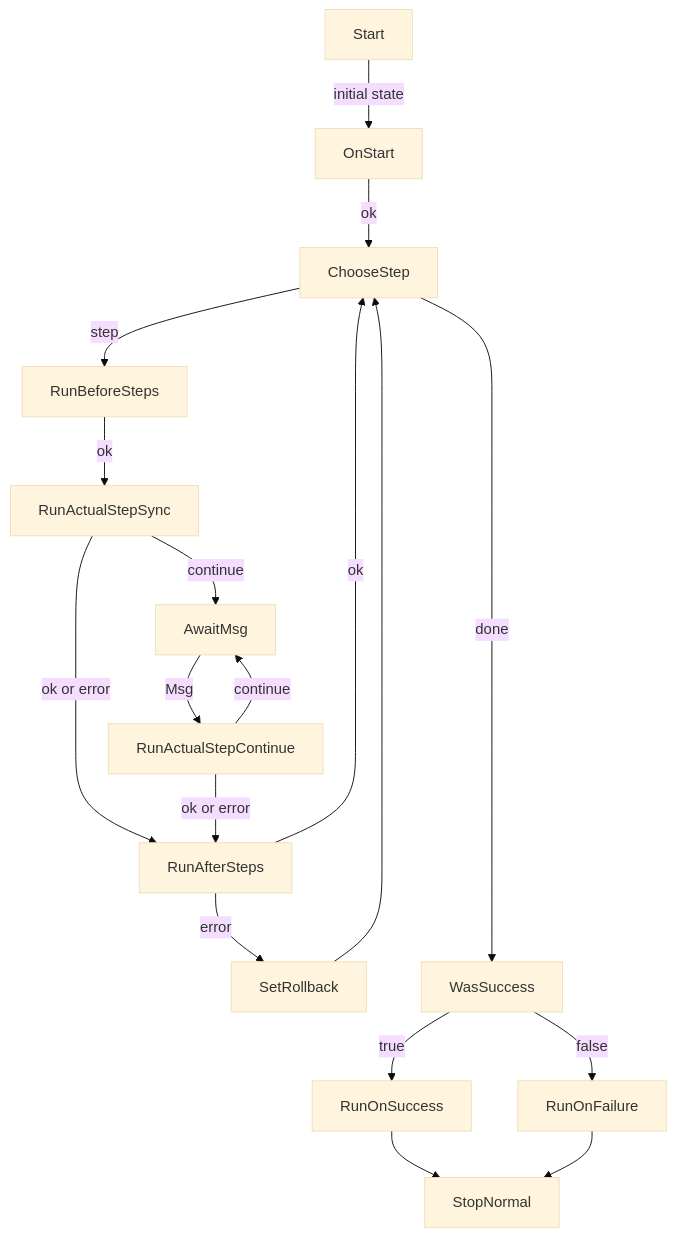
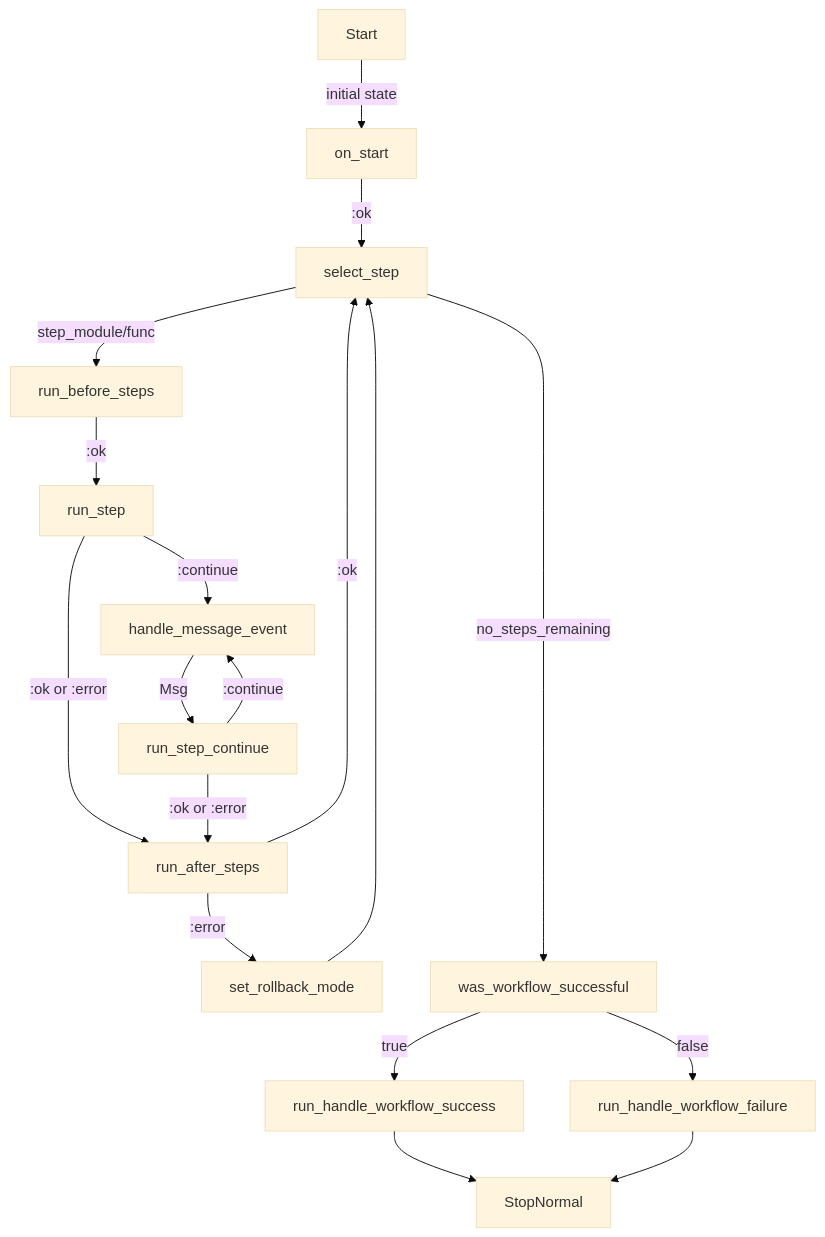
One commit to withbelay/ex_visiflow changed the diagram in README.md. Above: the diagram before and after it, drawn with Mermaid (base theme).

Commit message:
Change flowchart to have func names

````diff
--- a/README.md
+++ b/README.md
@@ -4,20 +4,20 @@
 ```mermaid
 flowchart TD
-  Start -- initial state --> OnStart
-  OnStart -- ok --> ChooseStep
-  ChooseStep -- step --> RunBeforeSteps
-  RunBeforeSteps -- ok --> RunActualStepSync
-  RunActualStepSync -- ok or error --> RunAfterSteps
-  RunAfterSteps -- error --> SetRollback
-  SetRollback --> ChooseStep
-  RunAfterSteps -- ok --> ChooseStep
-  RunActualStepSync -- continue --> AwaitMsg
-  AwaitMsg -- Msg --> RunActualStepContinue
-  RunActualStepContinue -- ok or error --> RunAfterSteps
-  RunActualStepContinue -- continue --> AwaitMsg
-  ChooseStep -- done -------> WasSuccess
-  WasSuccess -- true --> RunOnSuccess
-  WasSuccess -- false --> RunOnFailure
-  RunOnSuccess --> StopNormal
-  RunOnFailure --> StopNormal
+  Start -- initial state --> on_start
+  on_start -- :ok --> select_step
+  select_step -- step_module/func --> run_before_steps
+  run_before_steps -- :ok --> run_step
+  run_step -- :ok or :error --> run_after_steps
+  run_after_steps -- :error --> set_rollback_mode
+  set_rollback_mode --> select_step
+  run_after_steps -- :ok --> select_step
+  run_step -- :continue --> handle_message_event
+  handle_message_event -- Msg --> run_step_continue
+  run_step_continue -- :ok or :error --> run_after_steps
+  run_step_continue -- :continue --> handle_message_event
+  select_step -- no_steps_remaining -------> was_workflow_successful
+  was_workflow_successful -- true --> run_handle_workflow_success
+  was_workflow_successful -- false --> run_handle_workflow_failure
+  run_handle_workflow_success --> StopNormal
+  run_handle_workflow_failure --> StopNormal
 ```
````
